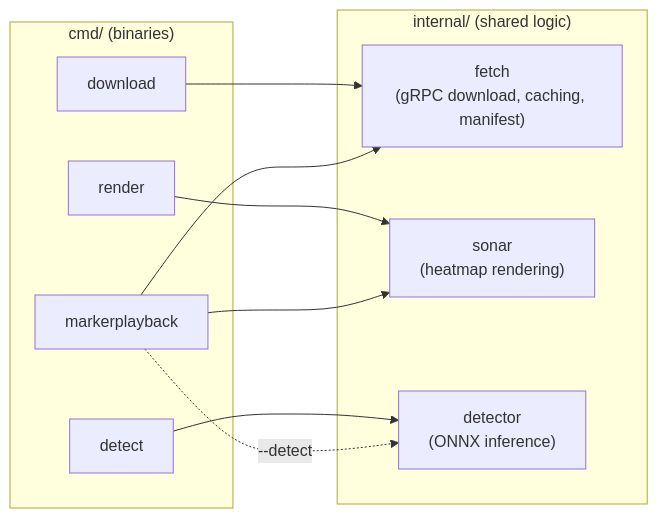
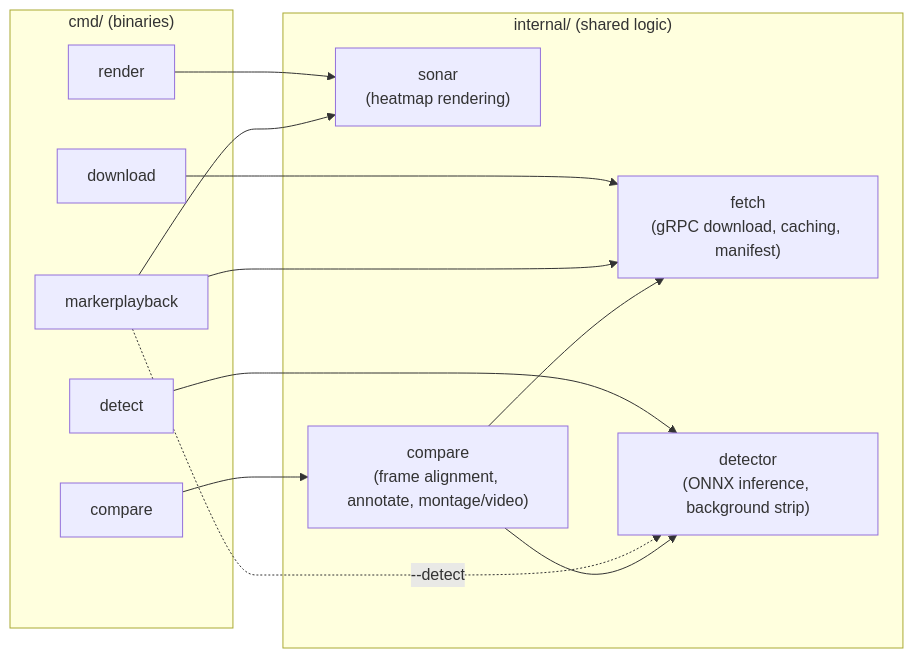
One commit to viam-labs/synthetic-sonar-eval changed the second of 2 diagrams in README.md. Above: the diagram before and after it, drawn with Mermaid. The commit also changed other lines of this file and 2 other files, not shown here.

````diff
--- a/README.md
+++ b/README.md
@@ -58,21 +66,26 @@
 ```mermaid
 flowchart LR
     subgraph cmd["cmd/ (binaries)"]
         download["download"]
         render["render"]
         detect["detect"]
+        compare["compare"]
         markerplayback["markerplayback"]
     end
     subgraph internal["internal/ (shared logic)"]
         fetch["fetch\n(gRPC download, caching, manifest)"]
         sonar["sonar\n(heatmap rendering)"]
-        detector["detector\n(ONNX inference)"]
+        detector["detector\n(ONNX inference, background strip)"]
+        cmp["compare\n(frame alignment, annotate, montage/video)"]
     end
 
     download --> fetch
     markerplayback --> fetch
     render --> sonar
     markerplayback --> sonar
     detect --> detector
     markerplayback -.->|"--detect"| detector
+    compare --> cmp
+    cmp --> detector
+    cmp --> fetch
 ```
````
